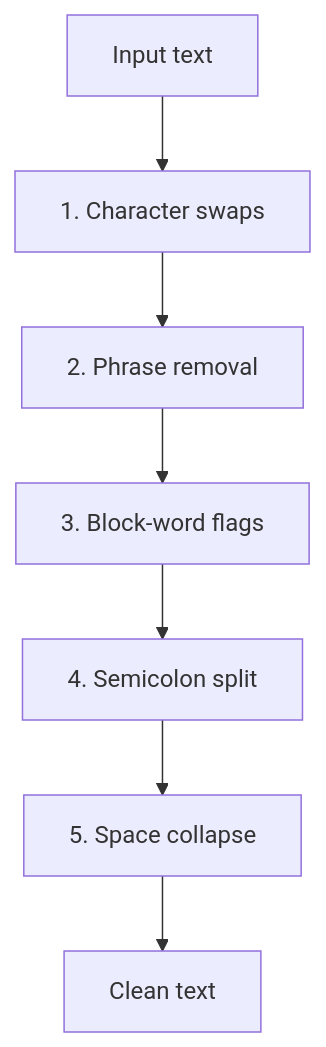
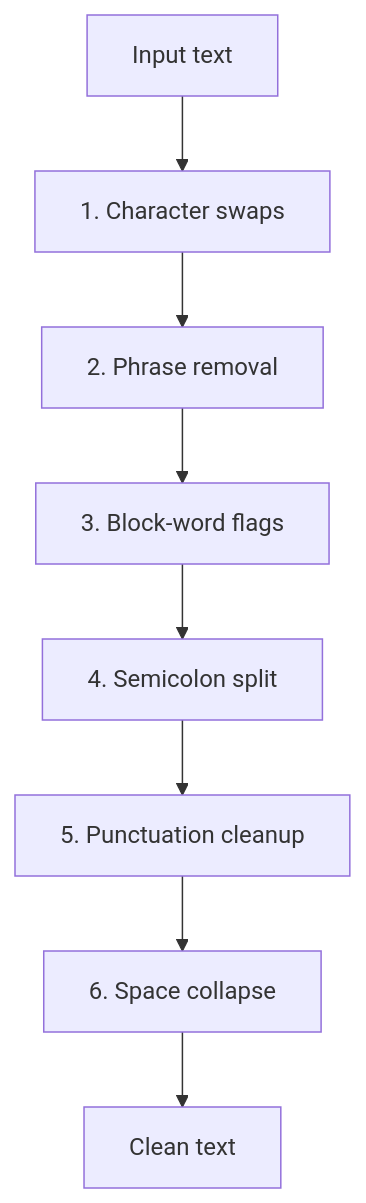
The second of 2 diagrams in ENGINE.md (dcadolph/slop-chop), drawn with Mermaid before and after one commit. The commit also changed other lines of this file and 3 other files, not shown here.

````diff
--- a/ENGINE.md
+++ b/ENGINE.md
@@ -33,9 +33,10 @@
 ```mermaid
 flowchart TD
     A["Input text"] --> B["1. Character swaps"]
     B --> C["2. Phrase removal"]
     C --> D["3. Block-word flags"]
     D --> E["4. Semicolon split"]
-    E --> F["5. Space collapse"]
-    F --> G["Clean text"]
+    E --> F["5. Punctuation cleanup"]
+    F --> G["6. Space collapse"]
+    G --> H["Clean text"]
 ```
````
